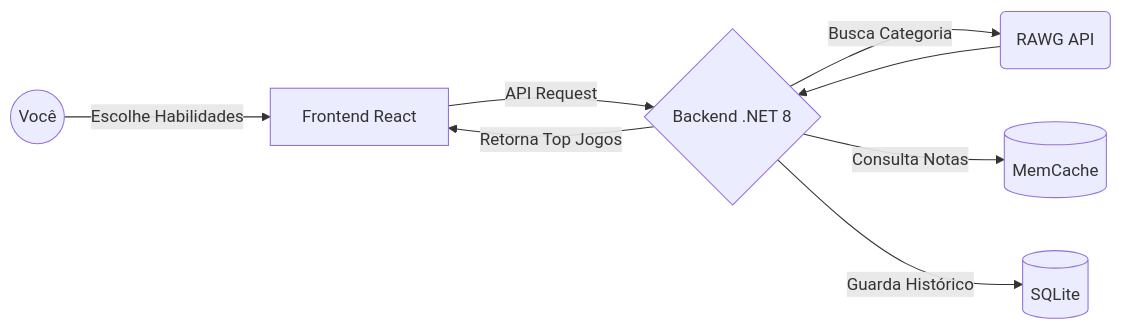
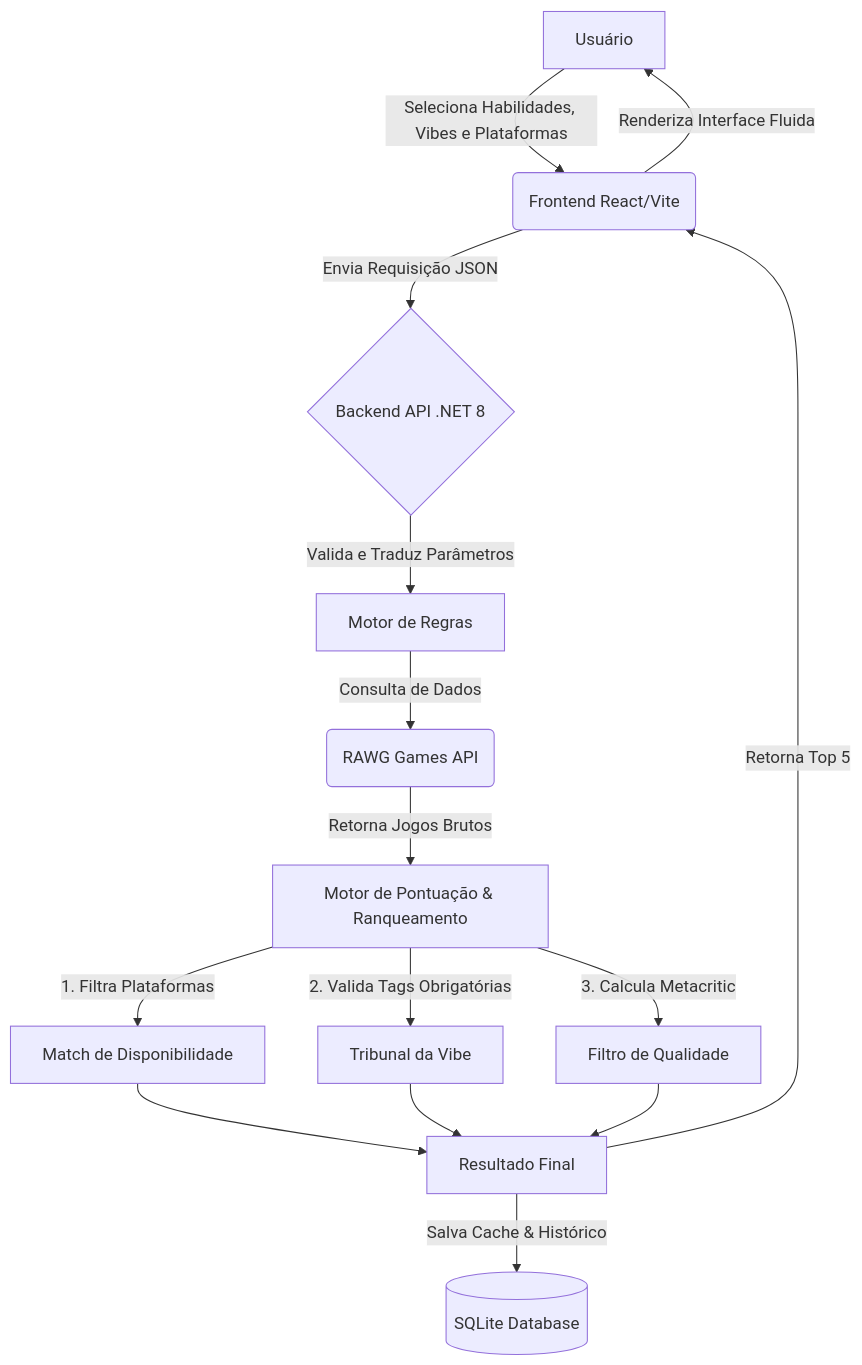
The diagram in readme.md (AdleyRodrigues/NextPlay), drawn with Mermaid before and after one commit. The commit also changed other lines of this file and 36 other files, not shown here.

````diff
--- a/readme.md
+++ b/readme.md
@@ -24,10 +29,22 @@
 ```mermaid
-graph LR
-    A((Você)) -->|Escolhe Habilidades| B[Frontend React]
-    B -->|API Request| C{Backend .NET 8}
-    C -->|Busca Categoria| D(RAWG API)
-    C -->|Consulta Notas| E[(MemCache)]
-    C -->|Guarda Histórico| F[(SQLite)]
-    D --> C
-    C -->|Retorna Top Jogos| B
+graph TD
+    A[Usuário] -->|Seleciona Habilidades, Vibes e Plataformas| B(Frontend React/Vite)
+    B -->|Envia Requisição JSON| C{Backend API .NET 8}
+    
+    C -->|Valida e Traduz Parâmetros| D[Motor de Regras]
+    D -->|Consulta de Dados| E(RAWG Games API)
+    
+    E -->|Retorna Jogos Brutos| F[Motor de Pontuação & Ranqueamento]
+    
+    F -->|1. Filtra Plataformas| G[Match de Disponibilidade]
+    F -->|2. Valida Tags Obrigatórias| H[Tribunal da Vibe]
+    F -->|3. Calcula Metacritic| I[Filtro de Qualidade]
+    
+    G --> J[Resultado Final]
+    H --> J
+    I --> J
+    
+    J -->|Salva Cache & Histórico| K[(SQLite Database)]
+    J -->|Retorna Top 5| B
+    B -->|Renderiza Interface Fluida| A
 ```
````
